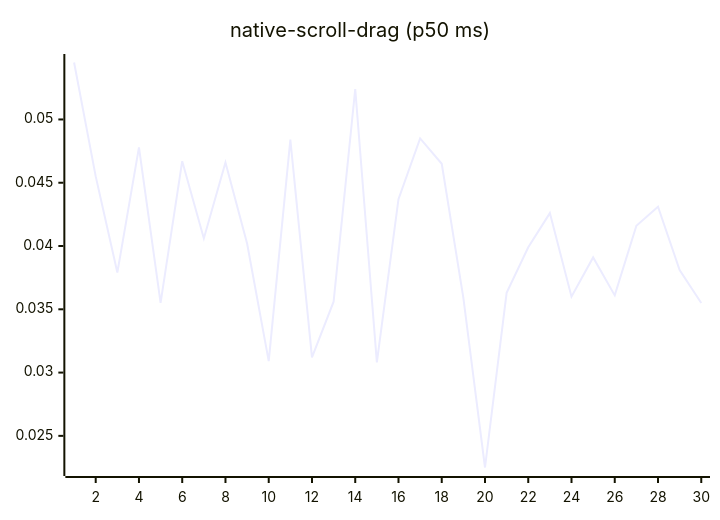
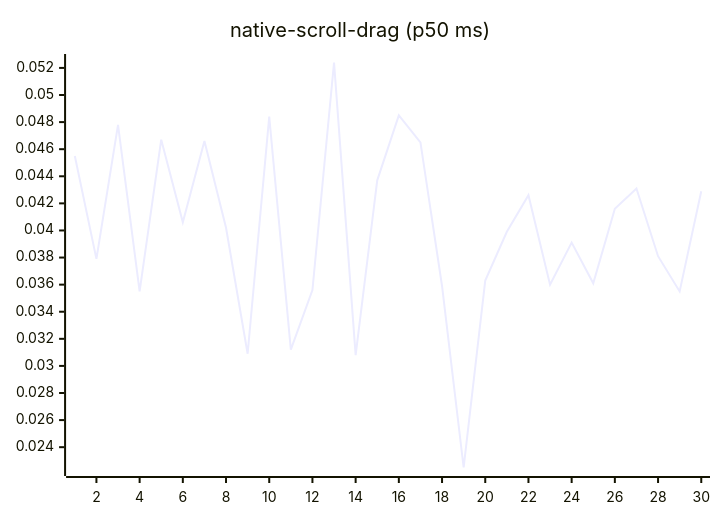
One commit to josha/Facet changed diagram 14 of 27 in README.md. Above: the diagram before and after it, drawn with Mermaid. The commit also changed other lines of this file and 2 other files, not shown here.

````diff
--- a/README.md
+++ b/README.md
@@ -154,6 +154,6 @@
 ```mermaid
 xychart-beta
     title "native-scroll-drag (p50 ms)"
     x-axis 1 --> 30
-    line [0.0545, 0.0455, 0.0379, 0.0478, 0.0355, 0.0467, 0.0406, 0.0466, 0.0402, 0.0309, 0.0484, 0.0312, 0.0356, 0.0524, 0.0308, 0.0437, 0.0485, 0.0465, 0.0359, 0.0225, 0.0363, 0.0399, 0.0426, 0.0360, 0.0391, 0.0361, 0.0416, 0.0431, 0.0381, 0.0355]
+    line [0.0455, 0.0379, 0.0478, 0.0355, 0.0467, 0.0406, 0.0466, 0.0402, 0.0309, 0.0484, 0.0312, 0.0356, 0.0524, 0.0308, 0.0437, 0.0485, 0.0465, 0.0359, 0.0225, 0.0363, 0.0399, 0.0426, 0.0360, 0.0391, 0.0361, 0.0416, 0.0431, 0.0381, 0.0355, 0.0429]
 ```
````
